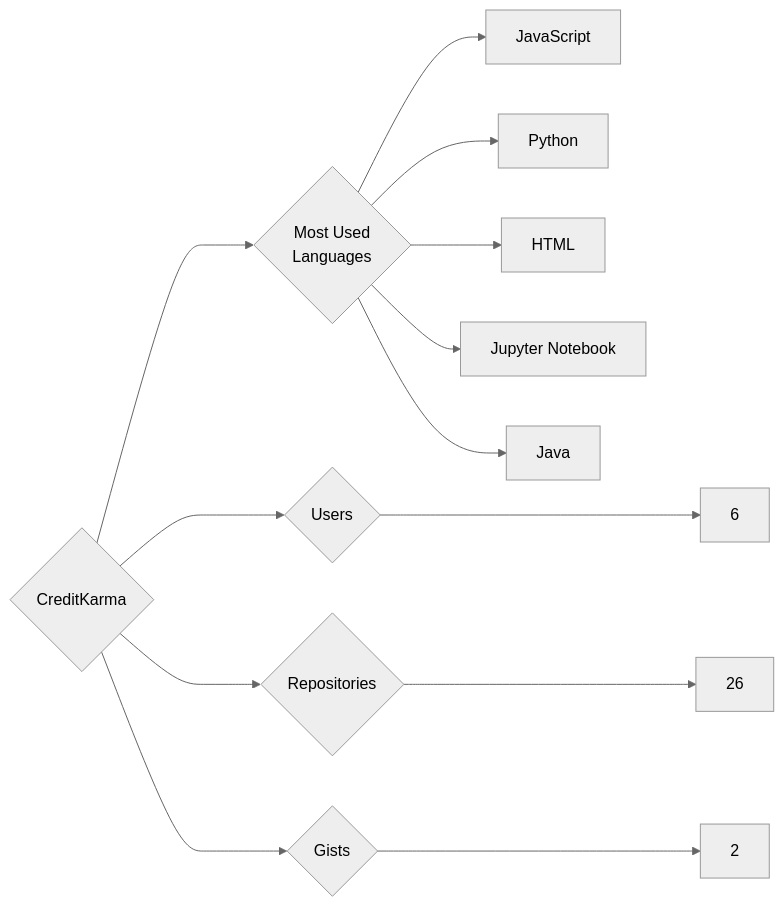
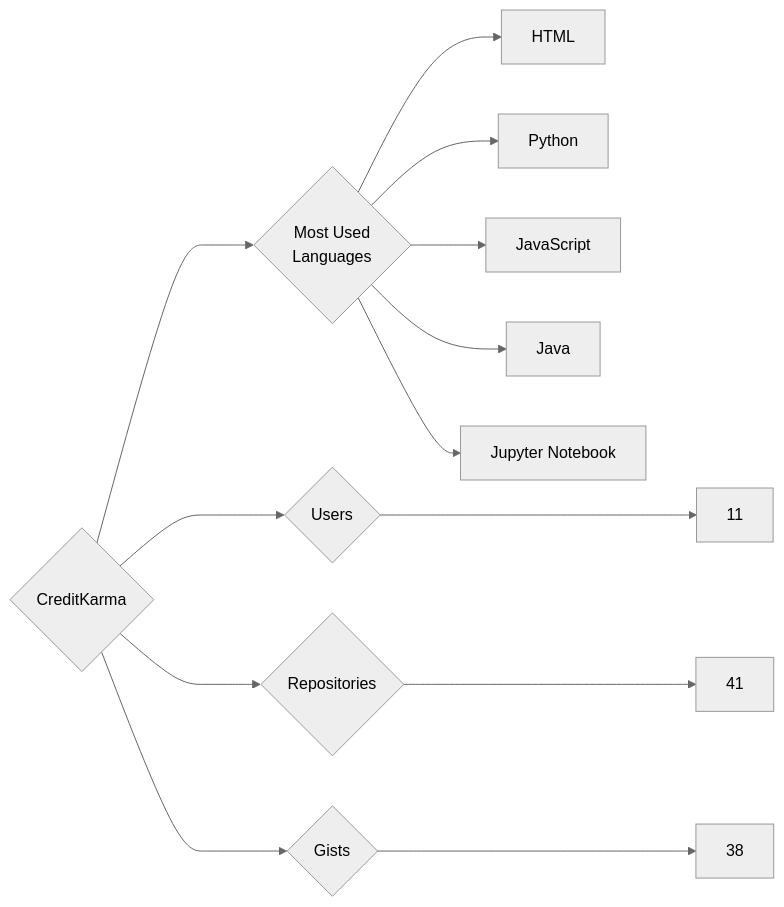
Before and after one commit to trickest/insiders: the diagram in targets/CreditKarma/README.md, drawn with Mermaid (neutral theme). The commit also changed 1088 other files, not shown here.

````diff
--- a/targets/CreditKarma/README.md
+++ b/targets/CreditKarma/README.md
@@ -3,13 +3,13 @@
 ```mermaid
 graph LR
 COMPANY_NAME{CreditKarma}
-COMPANY_NAME ---> U{Users} ---> UN[6]
-COMPANY_NAME ---> R{Repositories} ---> RN[26]
-COMPANY_NAME ---> G{Gists} ---> GN[2]
+COMPANY_NAME ---> U{Users} ---> UN[11]
+COMPANY_NAME ---> R{Repositories} ---> RN[41]
+COMPANY_NAME ---> G{Gists} ---> GN[38]
 COMPANY_NAME ---> ML{Most Used<br>Languages}
+ML --> HTML[HTML]
+ML --> Python[Python]
 ML --> JavaScript[JavaScript]
-ML --> Python[Python]
-ML --> HTML[HTML]
+ML --> Java[Java]
 ML --> Jupyter_Notebook[Jupyter Notebook]
-ML --> Java[Java]
 ```
````
